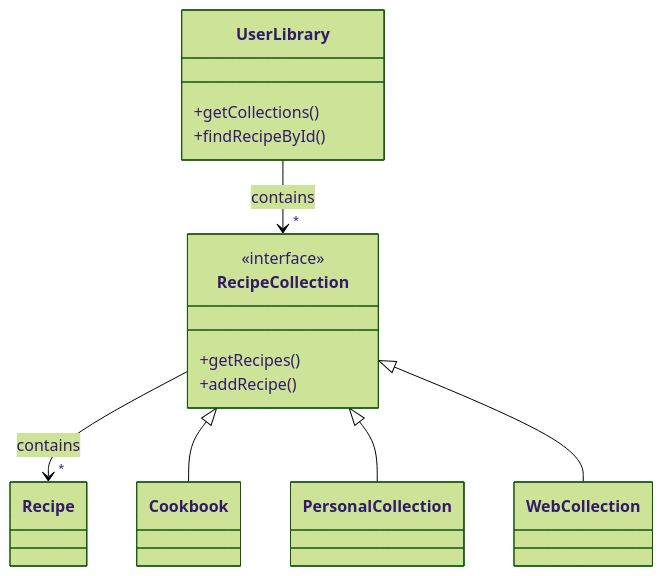
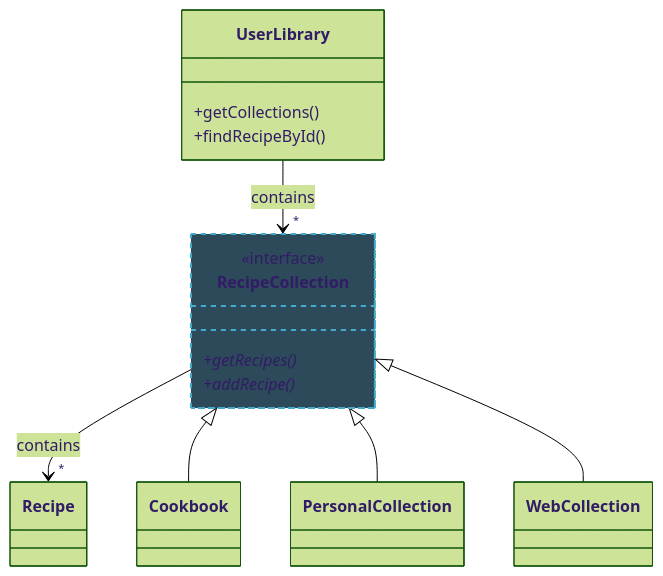
One commit to neu-pdi/cs3100-public-resources changed the first of 7 diagrams in lecture-slides/l14-program-understanding.mdx. Above: the diagram before and after it, drawn with Mermaid (forest theme). The commit also changed other lines of this file, not shown here.

````diff
--- a/lecture-slides/l14-program-understanding.mdx
+++ b/lecture-slides/l14-program-understanding.mdx
@@ -229,19 +246,20 @@
 ```mermaid
 classDiagram
     direction TB
     UserLibrary --> "*" RecipeCollection : contains
     RecipeCollection --> "*" Recipe : contains
     RecipeCollection <|-- Cookbook
     RecipeCollection <|-- PersonalCollection
     RecipeCollection <|-- WebCollection
 
     class UserLibrary {
         +getCollections()
         +findRecipeById()
     }
     class RecipeCollection {
         <<interface>>
-        +getRecipes()
-        +addRecipe()
+        +getRecipes()*
+        +addRecipe()*
     }
+    style RecipeCollection fill:#2d4a5a,stroke:#4ac,stroke-width:2px,stroke-dasharray: 5 5
 ```
````
